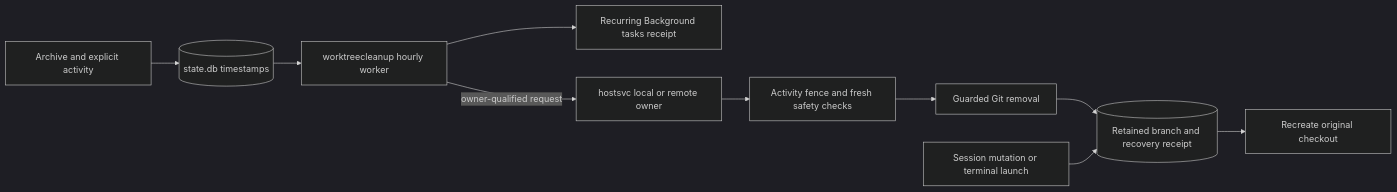
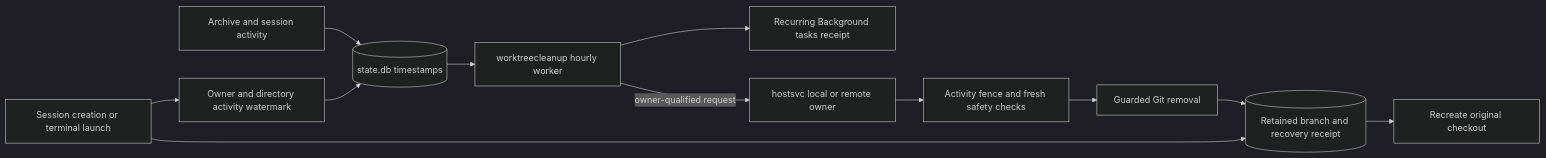
One commit to ocman/ocman changed the diagram in docs/features/worktree-cleanup.md. Above: the diagram before and after it, drawn with Mermaid (dark theme). The commit also changed other lines of this file and 11 other files, not shown here.

````diff
--- a/docs/features/worktree-cleanup.md
+++ b/docs/features/worktree-cleanup.md
@@ -76,12 +76,14 @@
 ```mermaid
 flowchart LR
-    Archive[Archive and explicit activity] --> State[(state.db timestamps)]
+    Archive[Archive and session activity] --> State[(state.db timestamps)]
+    Resume[Session creation or terminal launch] --> Directory[Owner and directory activity watermark]
+    Directory --> State
     State --> Worker[worktreecleanup hourly worker]
     Worker --> Tasks[Recurring Background tasks receipt]
     Worker -->|owner-qualified request| Host[hostsvc local or remote owner]
     Host --> Fence[Activity fence and fresh safety checks]
     Fence --> Git[Guarded Git removal]
     Git --> Receipt[(Retained branch and recovery receipt)]
-    Resume[Session mutation or terminal launch] --> Receipt
+    Resume --> Receipt
     Receipt --> Restore[Recreate original checkout]
 ```
````
